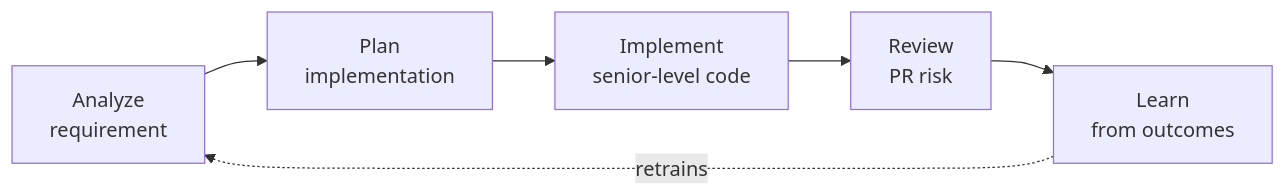
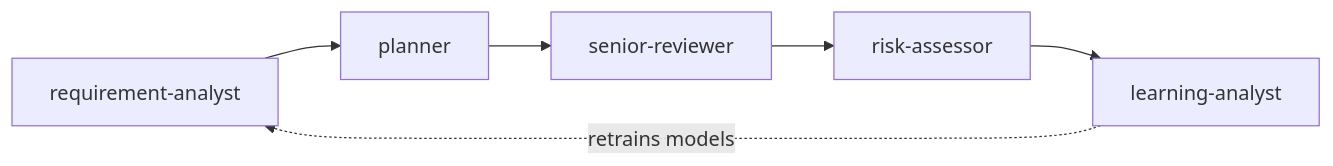
One commit to pfrancor17/devlens changed the diagram in README.md. Above: the diagram before and after it, drawn with Mermaid. The commit also changed other lines of this file and 25 other files, not shown here.

First line of the commit message:
feat: score pull requests and add the risk-assessor subagent

````diff
--- a/README.md
+++ b/README.md
@@ -11,5 +19,5 @@
 ```mermaid
 flowchart LR
-    A["Analyze<br/>requirement"] --> B["Plan<br/>implementation"] --> C["Implement<br/>senior-level code"] --> D["Review<br/>PR risk"] --> E["Learn<br/>from outcomes"]
-    E -. retrains .-> A
+    A["requirement-analyst"] --> B["planner"] --> C["senior-reviewer"] --> D["risk-assessor"] --> E["learning-analyst"]
+    E -. retrains models .-> A
 ```
````
